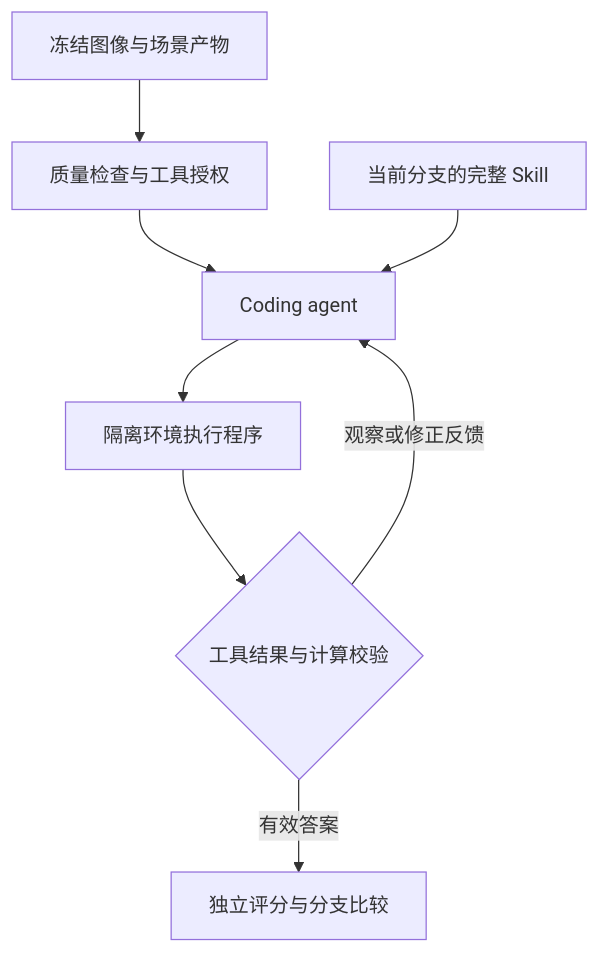
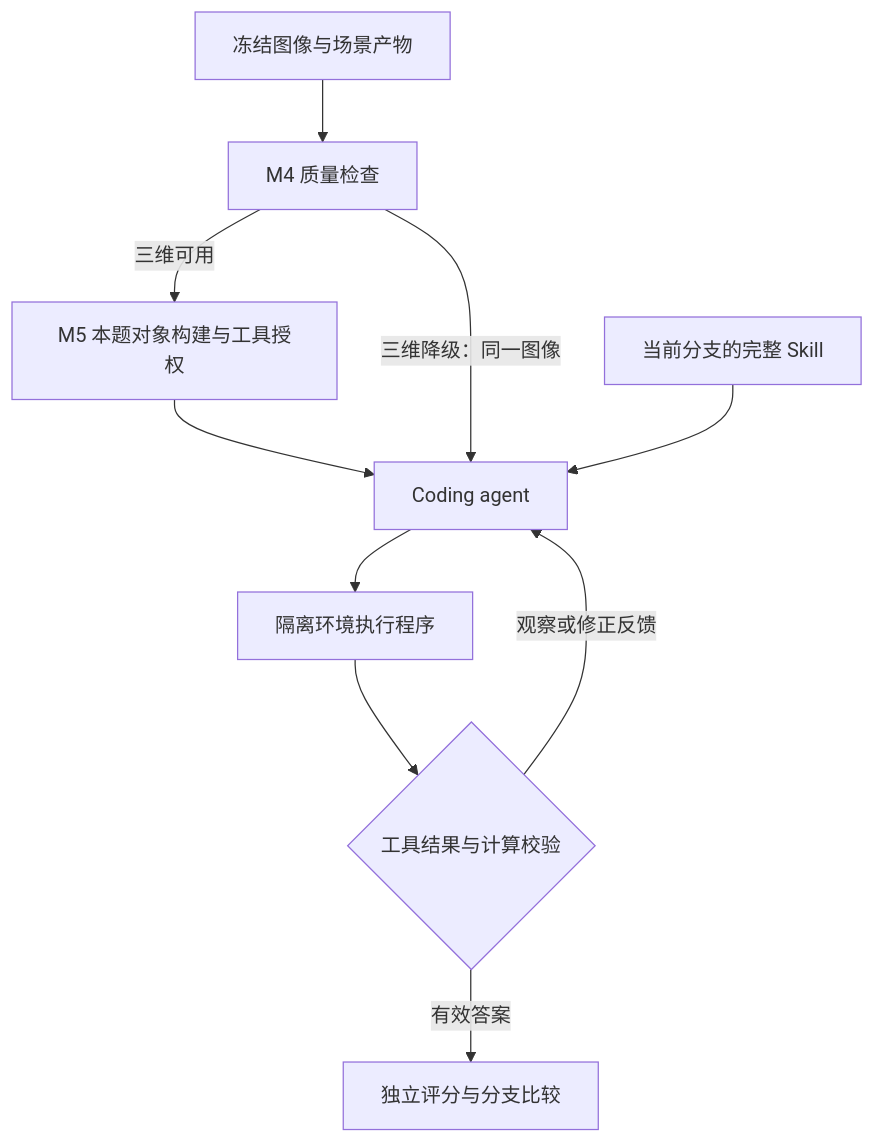
One commit to bigdatashushu/wjhICLR changed the diagram in 系统架构v11.md. Above: the diagram before and after it, drawn with Mermaid. The commit also changed other lines of this file and 35 other files, not shown here.

````diff
--- a/系统架构v11.md
+++ b/系统架构v11.md
@@ -54,10 +56,12 @@
 ```mermaid
 flowchart TD
-    A["冻结图像与场景产物"] --> B["质量检查与工具授权"]
-    B --> C["Coding agent"]
+    A["冻结图像与场景产物"] --> B["M4 质量检查"]
+    B -->|三维可用| P["M5 本题对象构建与工具授权"]
+    P --> C["Coding agent"]
+    B -->|三维降级：同一图像| C
     S["当前分支的完整 Skill"] --> C
     C --> D["隔离环境执行程序"]
     D --> E{"工具结果与计算校验"}
     E -->|观察或修正反馈| C
     E -->|有效答案| F["独立评分与分支比较"]
 ```
````
